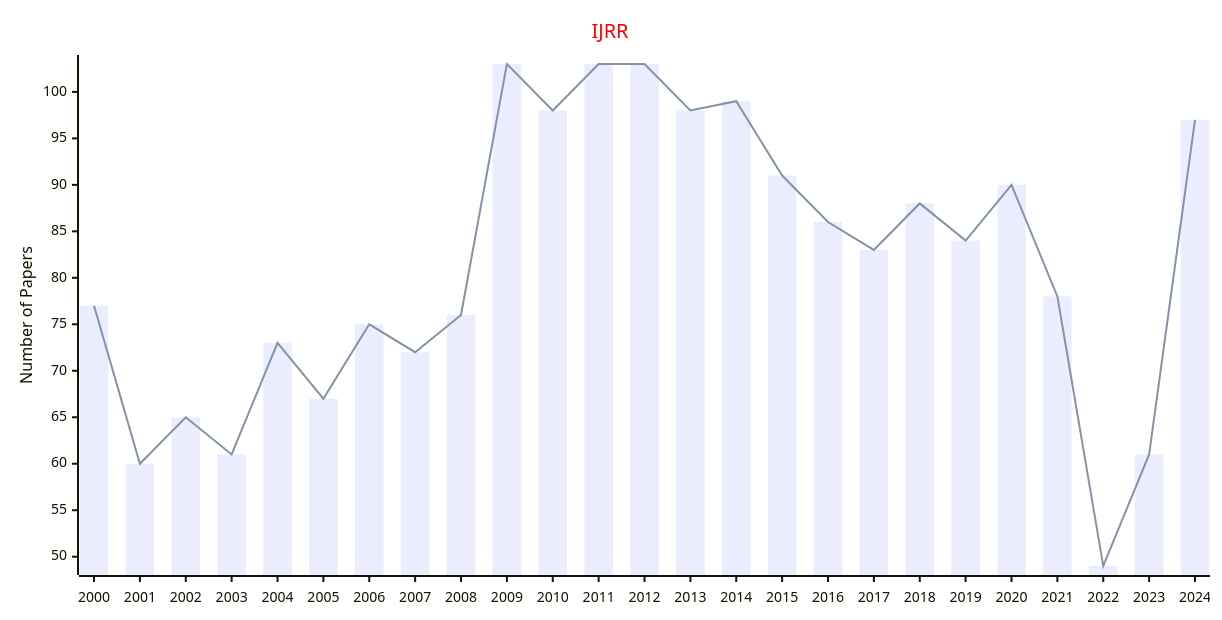
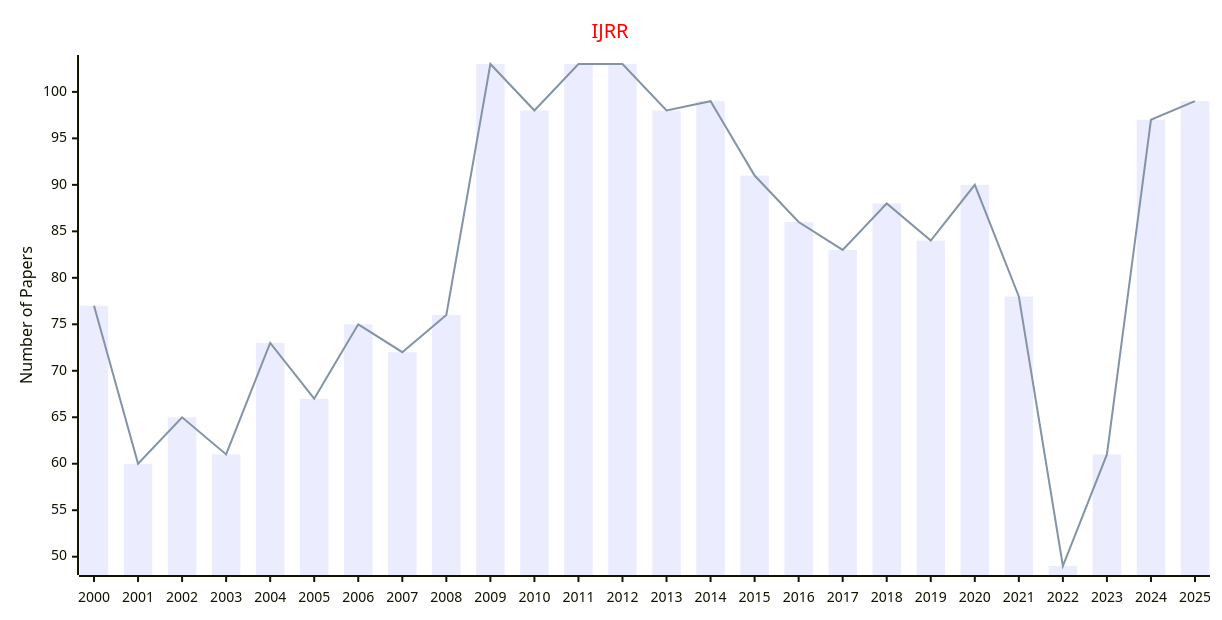
Before and after one commit to Easy-PhD/AILinks: the ninth of 12 diagrams in docs/data/Journals/Statistics_Journals/Robotics_and_UAV.md, drawn with Mermaid. The commit also changed other lines of this file and 93 other files, not shown here.

````diff
--- a/docs/data/Journals/Statistics_Journals/Robotics_and_UAV.md
+++ b/docs/data/Journals/Statistics_Journals/Robotics_and_UAV.md
@@ -201,17 +201,17 @@
 ```mermaid
 ---
 config:
     xyChart:
         width: 1200
         height: 600
     themeVariables:
         xyChart:
             titleColor: "#ff0000"
 ---
 xychart-beta
     title "IJRR"
-    x-axis [2000, 2001, 2002, 2003, 2004, 2005, 2006, 2007, 2008, 2009, 2010, 2011, 2012, 2013, 2014, 2015, 2016, 2017, 2018, 2019, 2020, 2021, 2022, 2023, 2024]
+    x-axis [2000, 2001, 2002, 2003, 2004, 2005, 2006, 2007, 2008, 2009, 2010, 2011, 2012, 2013, 2014, 2015, 2016, 2017, 2018, 2019, 2020, 2021, 2022, 2023, 2024, 2025]
     y-axis "Number of Papers"
-    bar [77, 60, 65, 61, 73, 67, 75, 72, 76, 103, 98, 103, 103, 98, 99, 91, 86, 83, 88, 84, 90, 78, 49, 61, 97]
-    line [77, 60, 65, 61, 73, 67, 75, 72, 76, 103, 98, 103, 103, 98, 99, 91, 86, 83, 88, 84, 90, 78, 49, 61, 97]
+    bar [77, 60, 65, 61, 73, 67, 75, 72, 76, 103, 98, 103, 103, 98, 99, 91, 86, 83, 88, 84, 90, 78, 49, 61, 97, 99]
+    line [77, 60, 65, 61, 73, 67, 75, 72, 76, 103, 98, 103, 103, 98, 99, 91, 86, 83, 88, 84, 90, 78, 49, 61, 97, 99]
 ```
````
